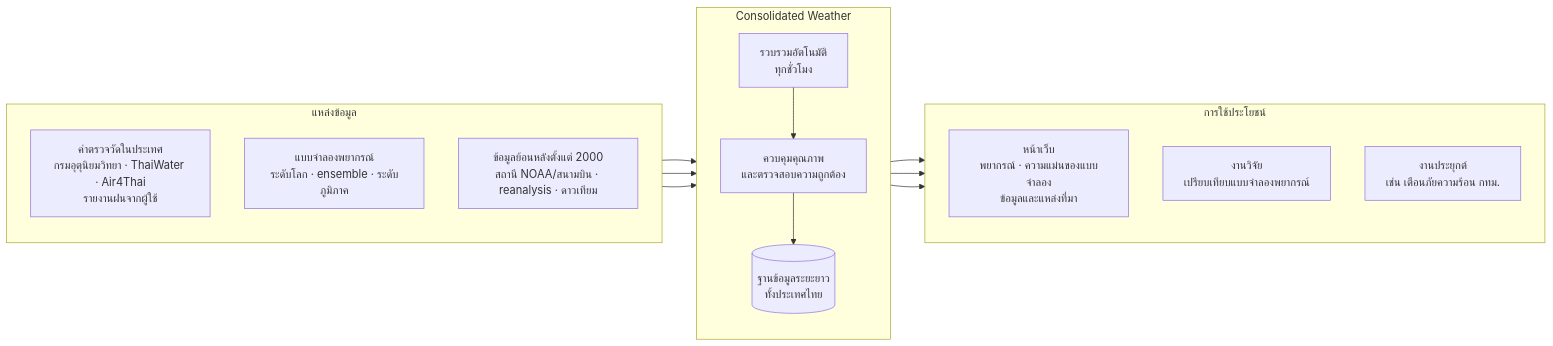
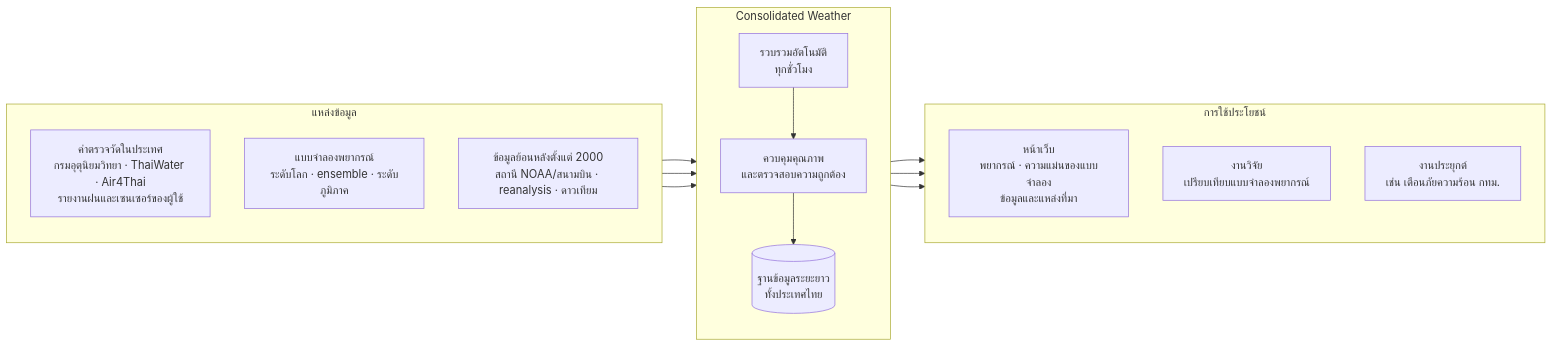
One commit to Navavit/burana changed the first of 2 diagrams in README.md. Above: the diagram before and after it, drawn with Mermaid. The commit also changed other lines of this file and 7 other files, not shown here.

````diff
--- a/README.md
+++ b/README.md
@@ -26,24 +26,24 @@
 ```mermaid
 flowchart LR
   subgraph SRC["แหล่งข้อมูล"]
     direction TB
-    S1["ค่าตรวจวัดในประเทศ<br/>กรมอุตุนิยมวิทยา · ThaiWater · Air4Thai<br/>รายงานฝนจากผู้ใช้"]
+    S1["ค่าตรวจวัดในประเทศ<br/>กรมอุตุนิยมวิทยา · ThaiWater · Air4Thai<br/>รายงานฝนและเซนเซอร์ของผู้ใช้"]
     S2["แบบจำลองพยากรณ์<br/>ระดับโลก · ensemble · ระดับภูมิภาค"]
     S3["ข้อมูลย้อนหลังตั้งแต่ 2000<br/>สถานี NOAA/สนามบิน · reanalysis · ดาวเทียม"]
   end
   subgraph SYS["Consolidated Weather"]
     direction TB
     C1["รวบรวมอัตโนมัติ<br/>ทุกชั่วโมง"]
     C2["ควบคุมคุณภาพ<br/>และตรวจสอบความถูกต้อง"]
     C3[("ฐานข้อมูลระยะยาว<br/>ทั้งประเทศไทย")]
     C1 --> C2 --> C3
   end
   subgraph OUT["การใช้ประโยชน์"]
     direction TB
     O1["หน้าเว็บ<br/>พยากรณ์ · ความแม่นของแบบจำลอง<br/>ข้อมูลและแหล่งที่มา"]
     O2["งานวิจัย<br/>เปรียบเทียบแบบจำลองพยากรณ์"]
     O3["งานประยุกต์<br/>เช่น เตือนภัยความร้อน กทม."]
   end
   S1 & S2 & S3 --> C1
   C3 --> O1 & O2 & O3
 ```
````
